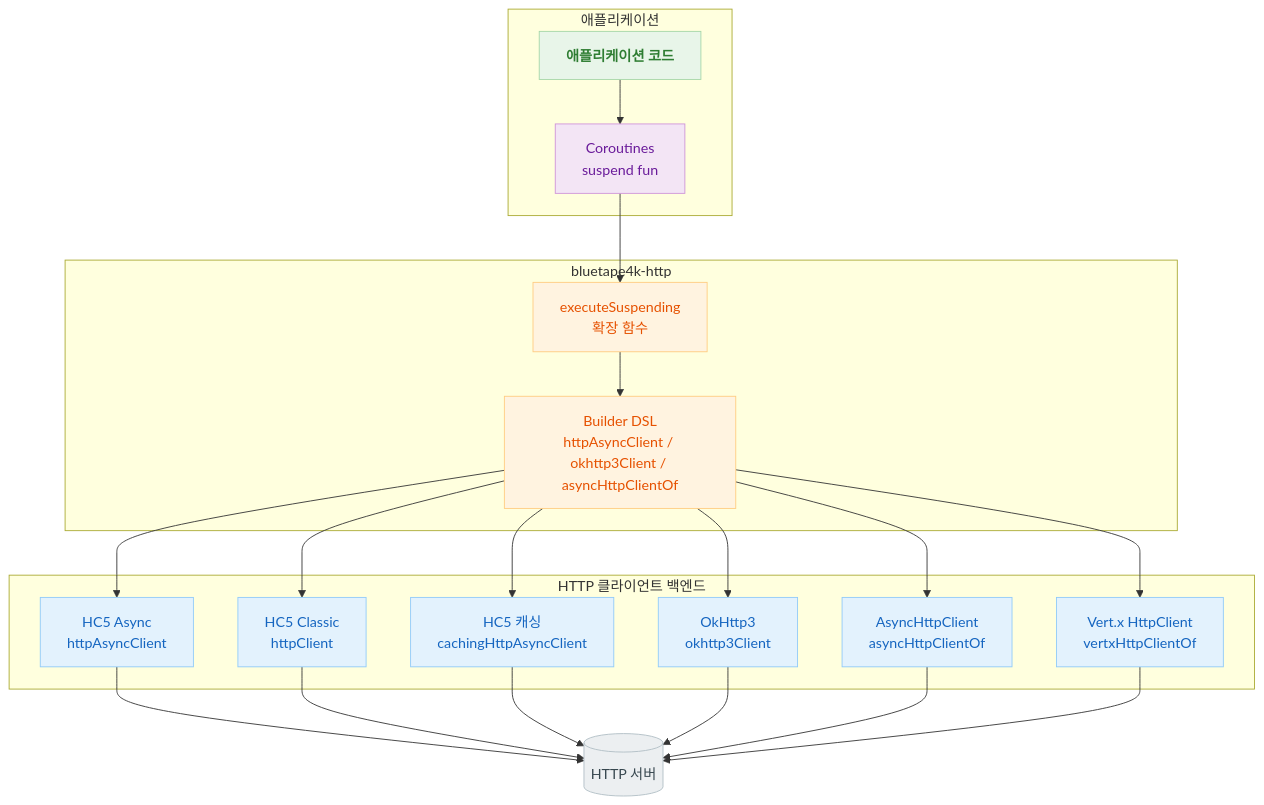
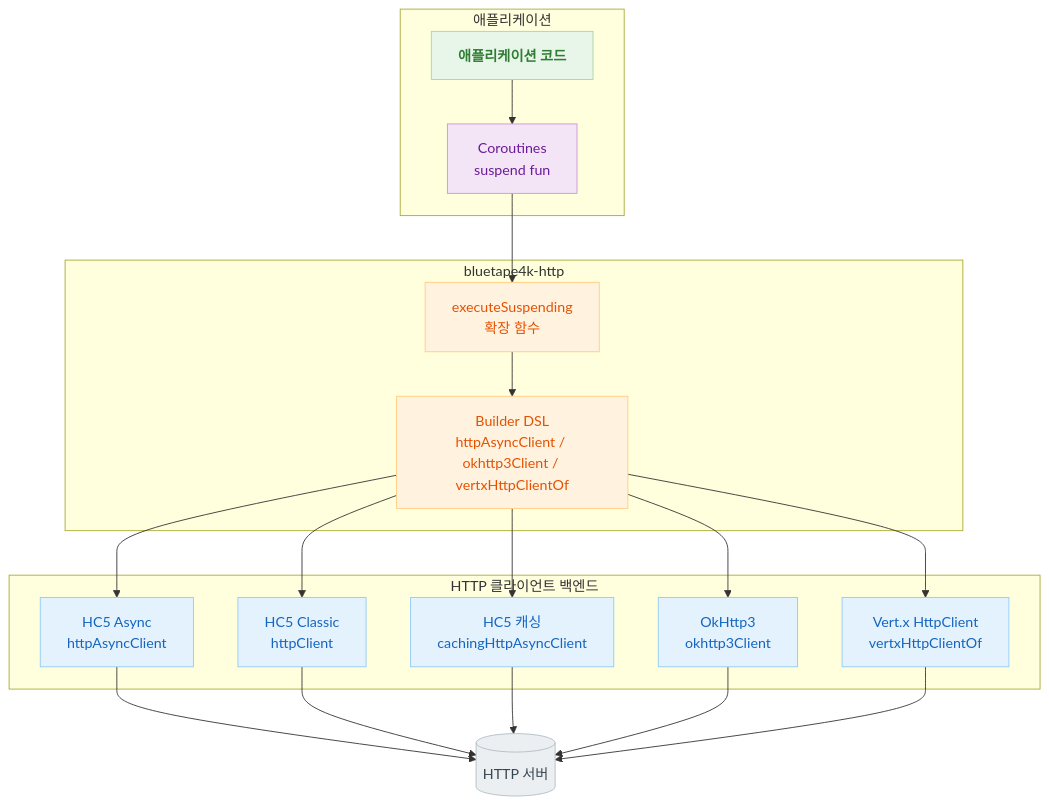
The first of 5 diagrams in io/http/README.ko.md (bluetape4k/bluetape4k-projects), drawn with Mermaid before and after one commit. The commit also changed other lines of this file and 26 other files, not shown here.

First line of the commit message:
refactor: AHC(AsyncHttpClient) 통합 전면 제거 (#109) (#117)

````diff
--- a/io/http/README.ko.md
+++ b/io/http/README.ko.md
@@ -15,49 +15,46 @@
 ```mermaid
 flowchart TD
     subgraph Application["애플리케이션"]
         APP[애플리케이션 코드]
         CO[Coroutines\nsuspend fun]
     end
 
     subgraph bluetape4k-http
         EXT[executeSuspending\n확장 함수]
-        DSL[Builder DSL\nhttpAsyncClient / okhttp3Client / asyncHttpClientOf]
+        DSL[Builder DSL\nhttpAsyncClient / okhttp3Client / vertxHttpClientOf]
     end
 
     subgraph Backends["HTTP 클라이언트 백엔드"]
         HC5A[HC5 Async\nhttpAsyncClient]
         HC5C[HC5 Classic\nhttpClient]
         HC5CA[HC5 캐싱\ncachingHttpAsyncClient]
         OKH[OkHttp3\nokhttp3Client]
-        AHC[AsyncHttpClient\nasyncHttpClientOf]
         VTX[Vert.x HttpClient\nvertxHttpClientOf]
     end
 
     APP --> CO
     CO --> EXT
     EXT --> DSL
     DSL --> HC5A
     DSL --> HC5C
     DSL --> HC5CA
     DSL --> OKH
-    DSL --> AHC
     DSL --> VTX
     HC5A --> SERVER[(HTTP 서버)]
     HC5C --> SERVER
     HC5CA --> SERVER
     OKH --> SERVER
-    AHC --> SERVER
     VTX --> SERVER
 
     classDef coreStyle fill:#E8F5E9,stroke:#A5D6A7,color:#2E7D32,font-weight:bold
     classDef asyncStyle fill:#F3E5F5,stroke:#CE93D8,color:#6A1B9A
     classDef serviceStyle fill:#E3F2FD,stroke:#90CAF9,color:#1565C0
     classDef utilStyle fill:#FFF3E0,stroke:#FFCC80,color:#E65100
     classDef extStyle fill:#ECEFF1,stroke:#B0BEC5,color:#37474F
 
     class APP coreStyle
     class CO asyncStyle
     class EXT,DSL utilStyle
-    class HC5A,HC5C,HC5CA,OKH,AHC,VTX serviceStyle
+    class HC5A,HC5C,HC5CA,OKH,VTX serviceStyle
     class SERVER extStyle
 ```
````
